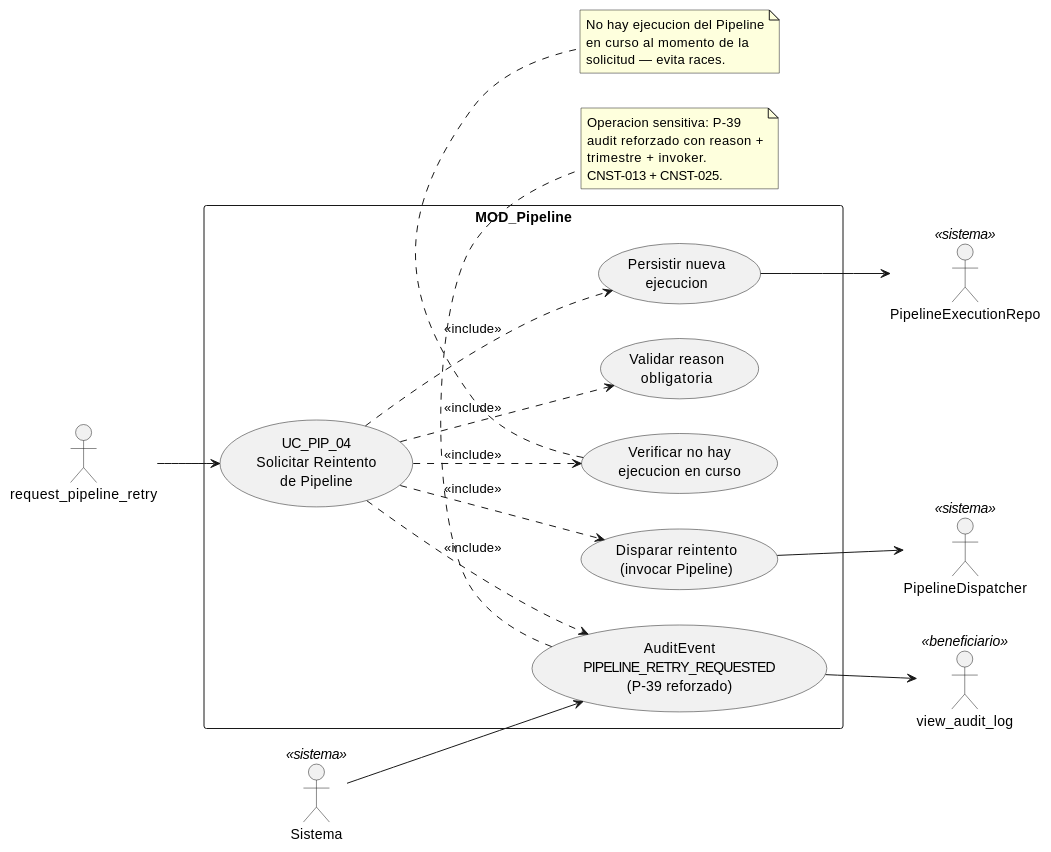
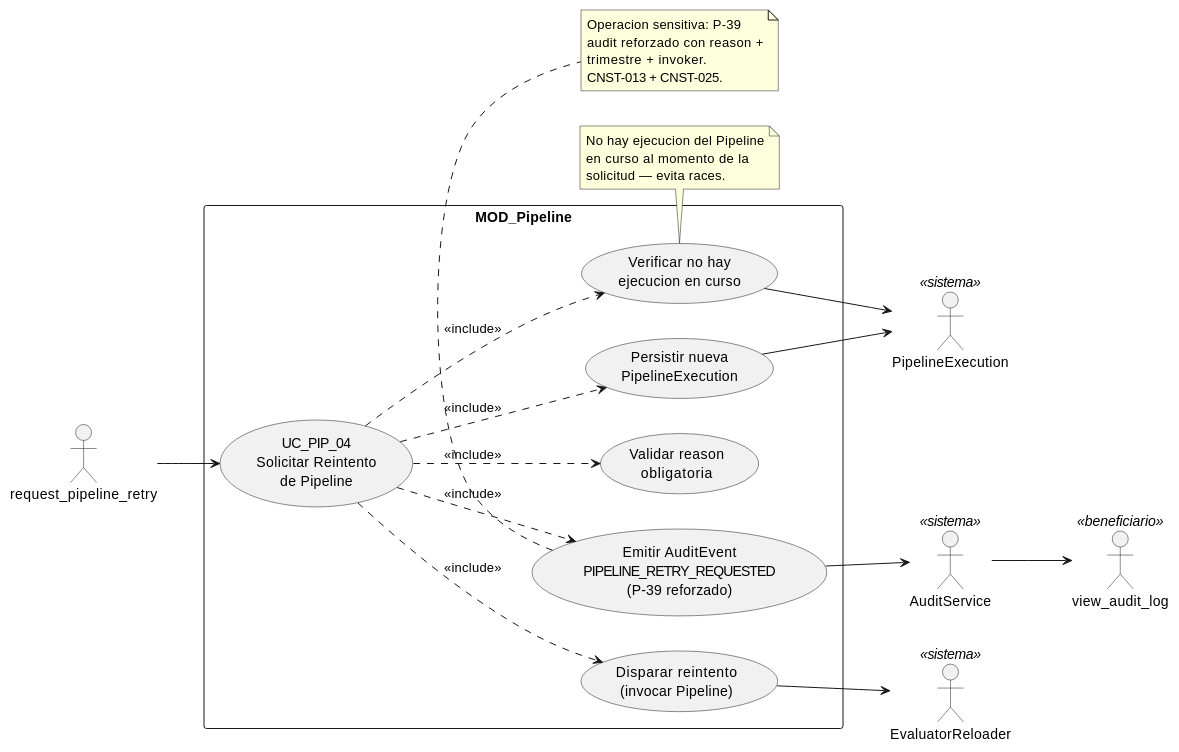
The diagram in source/requisitos/casos-uso/pipeline/uc-pip-04/diagramas-uml/diagrama-de-caso-de-uso.rst (jcg-admin/IACT-docs), drawn with PlantUML before and after one commit. The commit also changed other lines of this file and 52 other files, not shown here.

```diff
--- a/source/requisitos/casos-uso/pipeline/uc-pip-04/diagramas-uml/diagrama-de-caso-de-uso.rst
+++ b/source/requisitos/casos-uso/pipeline/uc-pip-04/diagramas-uml/diagrama-de-caso-de-uso.rst
@@ -4,48 +4,49 @@
 .. uml::
  :caption: UC_PIP_04 — actores y casos asociados
 
  @startuml
 
  left to right direction
 
  actor "request_pipeline_retry" as INVOKER
- actor "PipelineDispatcher" as DISPATCHER <<sistema>>
- actor "PipelineExecutionRepo" as REPO <<sistema>>
+ actor "PipelineExecution" as PE <<sistema>>
+ actor "EvaluatorReloader" as EE <<sistema>>
+ actor "AuditService" as AS <<sistema>>
  actor "view_audit_log" as view_audit_log <<beneficiario>>
- actor "Sistema" as Sistema <<sistema>>
 
  rectangle "MOD_Pipeline" {
    usecase "UC_PIP_04\nSolicitar Reintento\nde Pipeline" as UC_PIP_04
    usecase "Validar reason\nobligatoria" as VALIDAR_REASON
    usecase "Verificar no hay\nejecucion en curso" as VERIFY_IDLE
    usecase "Disparar reintento\n(invocar Pipeline)" as DISPATCH
-   usecase "Persistir nueva\nejecucion" as PERSISTIR
-   usecase "AuditEvent\nPIPELINE_RETRY_REQUESTED\n(P-39 reforzado)" as AUDIT
+   usecase "Persistir nueva\nPipelineExecution" as PERSISTIR
+   usecase "Emitir AuditEvent\nPIPELINE_RETRY_REQUESTED\n(P-39 reforzado)" as AUDIT
  }
 
  INVOKER --> UC_PIP_04
  UC_PIP_04 ..> VALIDAR_REASON : <<include>>
  UC_PIP_04 ..> VERIFY_IDLE : <<include>>
  UC_PIP_04 ..> DISPATCH : <<include>>
  UC_PIP_04 ..> PERSISTIR : <<include>>
  UC_PIP_04 ..> AUDIT : <<include>>
 
- DISPATCH --> DISPATCHER
- PERSISTIR --> REPO
- Sistema --> AUDIT
- AUDIT --> view_audit_log
+ VERIFY_IDLE --> PE
+ DISPATCH --> EE
+ PERSISTIR --> PE
+ AUDIT --> AS
+ AS --> view_audit_log
 
  note bottom of VERIFY_IDLE
    No hay ejecucion del Pipeline
    en curso al momento de la
    solicitud — evita races.
  end note
 
  note bottom of AUDIT
    Operacion sensitiva: P-39
    audit reforzado con reason +
    trimestre + invoker.
    CNST-013 + CNST-025.
  end note
 
  @enduml
```
